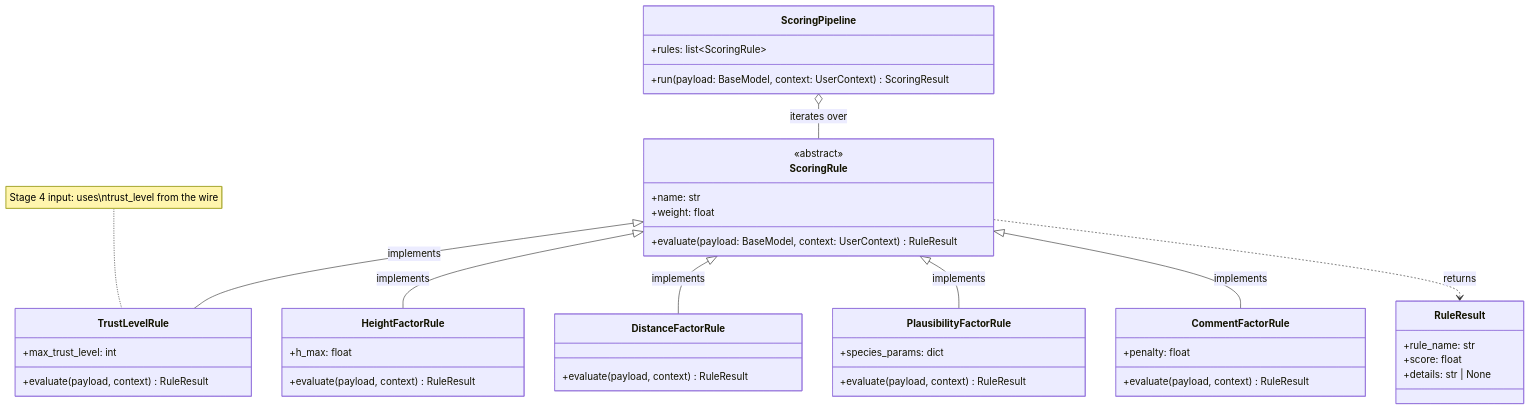
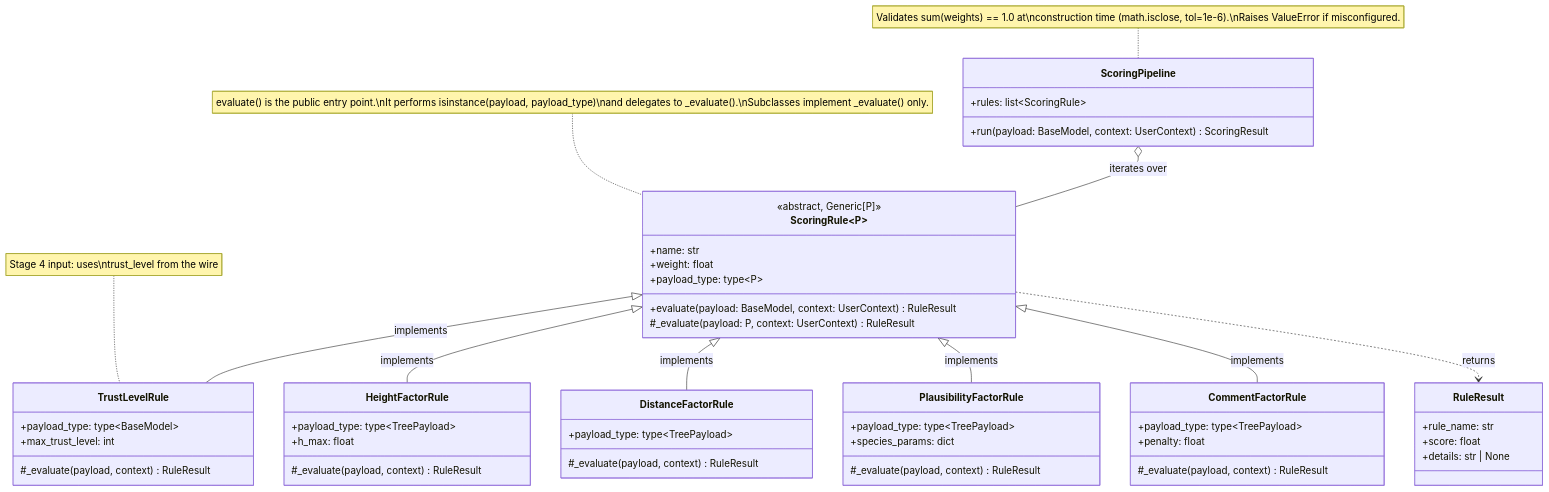
The first of 8 diagrams in docs/architecture/02_architecture_patterns.md (leyyce/winnow), drawn with Mermaid before and after one commit. The commit also changed other lines of this file and 19 other files, not shown here.

First line of the commit message:
refactor: address critical architectural flaws and introduce generic rules

````diff
--- a/docs/architecture/02_architecture_patterns.md
+++ b/docs/architecture/02_architecture_patterns.md
@@ -31,56 +31,67 @@
 ```mermaid
 classDiagram
-    class ScoringRule {
-        <<abstract>>
+    class ScoringRule~P~ {
+        <<abstract, Generic[P]>>
         +name: str
         +weight: float
+        +payload_type: type~P~
         +evaluate(payload: BaseModel, context: UserContext) RuleResult
+        #_evaluate(payload: P, context: UserContext) RuleResult
     }
+
+    note for ScoringRule "evaluate() is the public entry point.\nIt performs isinstance(payload, payload_type)\nand delegates to _evaluate().\nSubclasses implement _evaluate() only."
 
     class RuleResult {
         +rule_name: str
         +score: float
         +details: str | None
     }
 
     class TrustLevelRule {
+        +payload_type: type~BaseModel~
         +max_trust_level: int
-        +evaluate(payload, context) RuleResult
+        #_evaluate(payload, context) RuleResult
     }
 
     note for TrustLevelRule "Stage 4 input: uses\ntrust_level from the wire"
 
     class HeightFactorRule {
+        +payload_type: type~TreePayload~
         +h_max: float
-        +evaluate(payload, context) RuleResult
+        #_evaluate(payload, context) RuleResult
     }
 
     class DistanceFactorRule {
-        +evaluate(payload, context) RuleResult
+        +payload_type: type~TreePayload~
+        #_evaluate(payload, context) RuleResult
     }
 
     class PlausibilityFactorRule {
+        +payload_type: type~TreePayload~
         +species_params: dict
-        +evaluate(payload, context) RuleResult
+        #_evaluate(payload, context) RuleResult
     }
 
     class CommentFactorRule {
+        +payload_type: type~TreePayload~
         +penalty: float
-        +evaluate(payload, context) RuleResult
+        #_evaluate(payload, context) RuleResult
     }
 
     ScoringRule <|-- TrustLevelRule : implements
     ScoringRule <|-- HeightFactorRule : implements
     ScoringRule <|-- DistanceFactorRule : implements
     ScoringRule <|-- PlausibilityFactorRule : implements
     ScoringRule <|-- CommentFactorRule : implements
 
     ScoringRule ..> RuleResult : returns
 
     class ScoringPipeline {
         +rules: list~ScoringRule~
         +run(payload: BaseModel, context: UserContext) ScoringResult
     }
 
+    note for ScoringPipeline "Validates sum(weights) == 1.0 at\nconstruction time (math.isclose, tol=1e-6).\nRaises ValueError if misconfigured."
+
     ScoringPipeline o-- ScoringRule : iterates over
 ```
````
